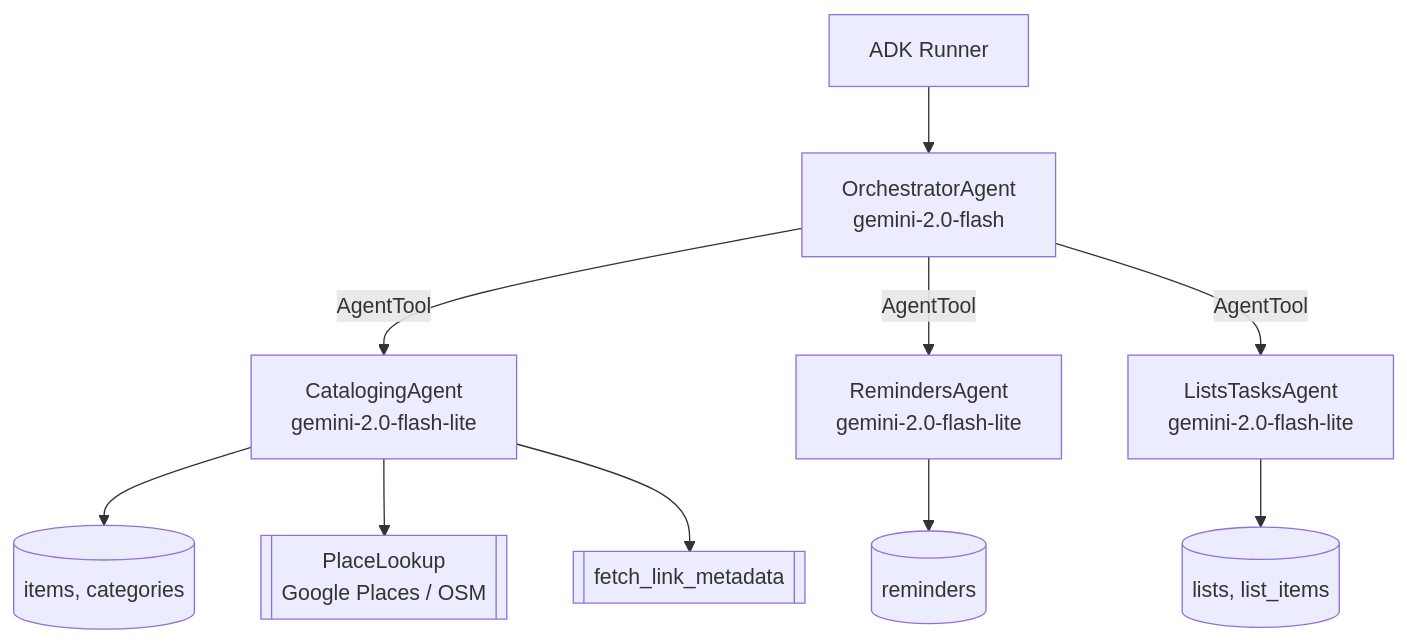
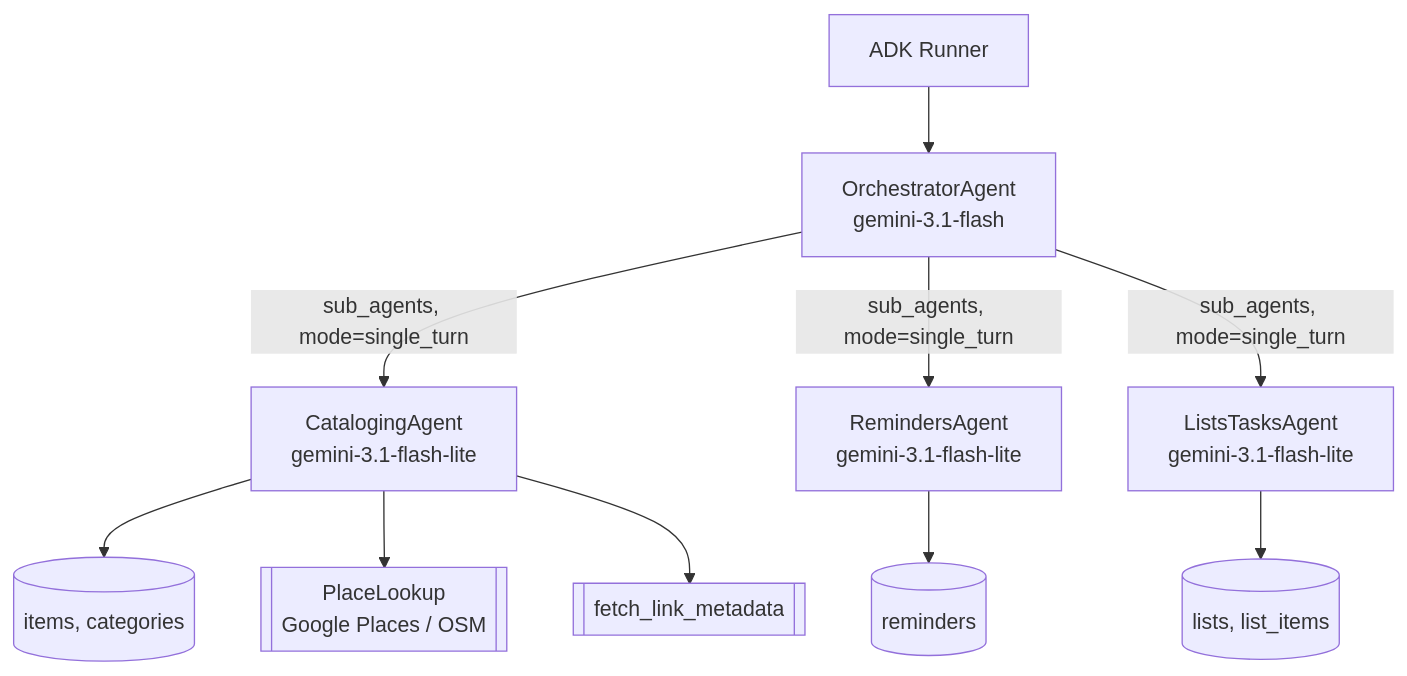
The second of 2 diagrams in docs/architecture.md (catonzio/whatsapp-assistant), drawn with Mermaid before and after one commit. The commit also changed other lines of this file and 26 other files, not shown here.

````diff
--- a/docs/architecture.md
+++ b/docs/architecture.md
@@ -397,12 +397,12 @@
 ```mermaid
 flowchart TB
-    Runner[ADK Runner] --> Orch[OrchestratorAgent\ngemini-2.0-flash]
-    Orch -->|AgentTool| Cat[CatalogingAgent\ngemini-2.0-flash-lite]
-    Orch -->|AgentTool| Rem[RemindersAgent\ngemini-2.0-flash-lite]
-    Orch -->|AgentTool| Lst[ListsTasksAgent\ngemini-2.0-flash-lite]
+    Runner[ADK Runner] --> Orch[OrchestratorAgent\ngemini-3.1-flash]
+    Orch -->|sub_agents, mode=single_turn| Cat[CatalogingAgent\ngemini-3.1-flash-lite]
+    Orch -->|sub_agents, mode=single_turn| Rem[RemindersAgent\ngemini-3.1-flash-lite]
+    Orch -->|sub_agents, mode=single_turn| Lst[ListsTasksAgent\ngemini-3.1-flash-lite]
     Cat --> ItemsDB[(items, categories)]
     Rem --> RemDB[(reminders)]
     Lst --> ListsDB[(lists, list_items)]
     Cat --> PlaceAPI[[PlaceLookup\nGoogle Places / OSM]]
     Cat --> LinkFetch[[fetch_link_metadata]]
 ```
````
